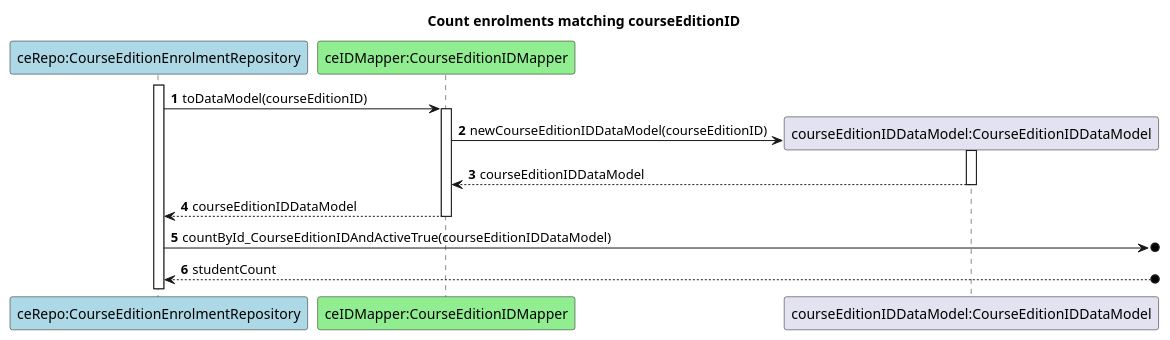
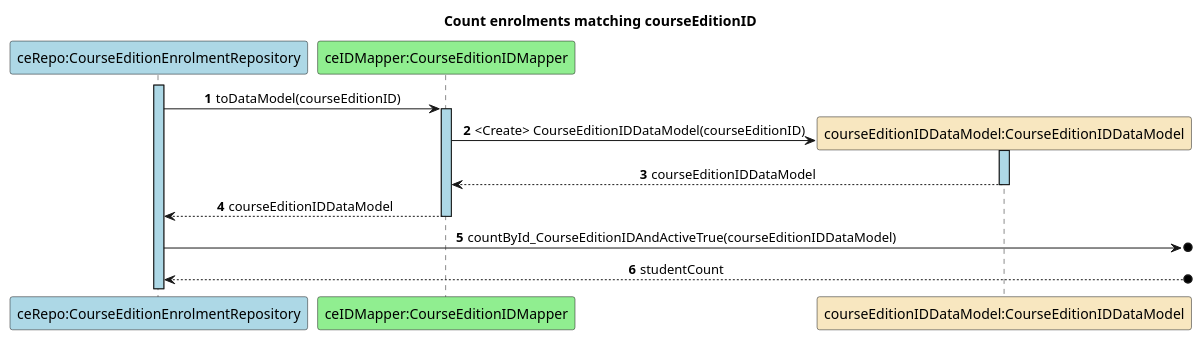
One commit to GasparISEP/DevOps-PAI changed the diagram in docs/US36/ScenarioView/References/CountEnrolmentsMatchingCourseEditionID.puml. Above: the diagram before and after it, drawn with PlantUML. The commit also changed 9 other files, not shown here.

Commit message:
Refs #652, #658: Refactored all US36 diagrams visual aspect

```diff
--- a/docs/US36/ScenarioView/References/CountEnrolmentsMatchingCourseEditionID.puml
+++ b/docs/US36/ScenarioView/References/CountEnrolmentsMatchingCourseEditionID.puml
@@ -1,20 +1,22 @@
 @startuml
 
 autonumber
 
 title Count enrolments matching courseEditionID
+skinparam sequenceMessageAlign center
+skinparam sequenceLifeLineBackgroundColor #lightblue
 
 participant "ceRepo:CourseEditionEnrolmentRepository" as R #lightblue
 participant "ceIDMapper:CourseEditionIDMapper" as M #lightgreen
-participant "courseEditionIDDataModel:CourseEditionIDDataModel" as DM
+participant "courseEditionIDDataModel:CourseEditionIDDataModel" as DM #strategy
 
 activate R
 R -> M ++ : toDataModel(courseEditionID)
-M -> DM**: newCourseEditionIDDataModel(courseEditionID)
+M -> DM**: <Create> CourseEditionIDDataModel(courseEditionID)
 activate DM
 DM --> M --: courseEditionIDDataModel
 M --> R --: courseEditionIDDataModel
 R ->o] : countById_CourseEditionIDAndActiveTrue(courseEditionIDDataModel)
 R <--o] :studentCount
 
 @enduml
```
